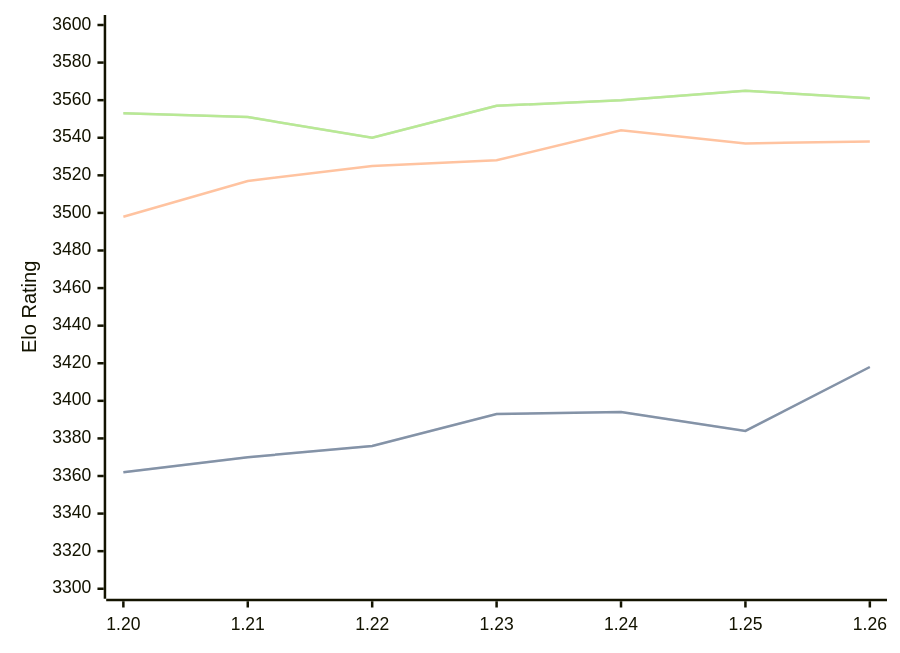
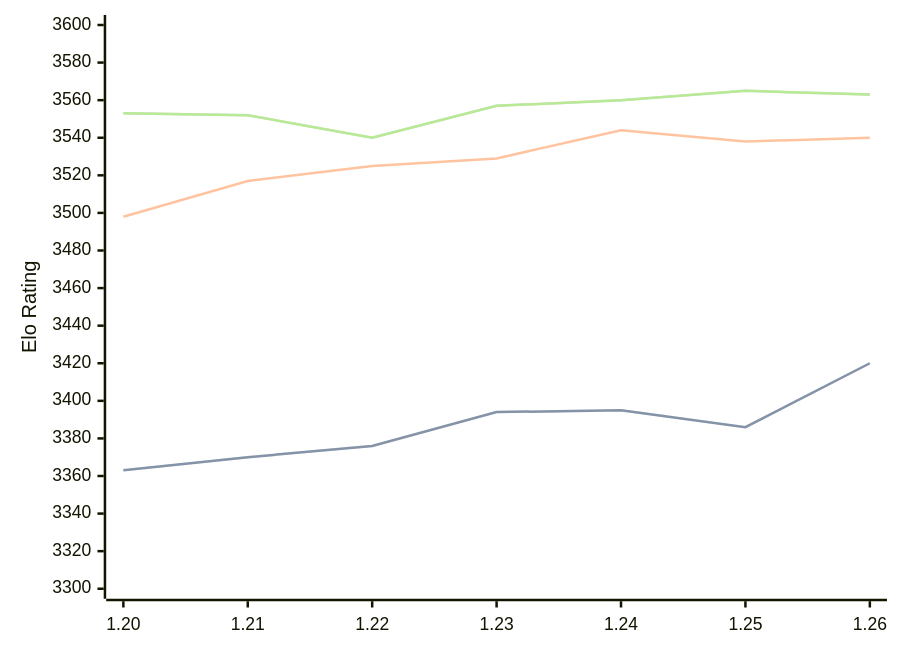
One commit to computer-chess-index/cci changed the diagram in engines/Caissa.md. Above: the diagram before and after it, drawn with Mermaid. The commit also changed other lines of this file, not shown here.

Commit message:
Update CCI Ratings (ELO VLTC) - 2026-09-16

````diff
--- a/engines/Caissa.md
+++ b/engines/Caissa.md
@@ -37,11 +37,11 @@
 ```mermaid
 %%{init: {"theme":"base","themeVariables":{"seriesColors:['#a3a3a3','#222221','#faa371']}}}%%
 xychart-beta
   x-axis ["1.20", "1.21", "1.22", "1.23", "1.24", "1.25", "1.26"]
   y-axis "Elo Rating" 3300 --> 3600
-  line "" [3362, 3370, 3376, 3393, 3394, 3384, 3418]
-  line "STC (8.0+0.08s)" [3362, 3370, 3376, 3393, 3394, 3384, 3418]
-  line "LTC (60.0+0.60s)" [3498, 3517, 3525, 3528, 3544, 3537, 3538]
-  line "" [3553, 3551, 3540, 3557, 3560, 3565, 3561]
-  line "VLTC (2m24s+1.12s)" [3553, 3551, 3540, 3557, 3560, 3565, 3561]
+  line "" [3363, 3370, 3376, 3394, 3395, 3386, 3420]
+  line "STC (8.0+0.08s)" [3363, 3370, 3376, 3394, 3395, 3386, 3420]
+  line "LTC (60.0+0.60s)" [3498, 3517, 3525, 3529, 3544, 3538, 3540]
+  line "" [3553, 3552, 3540, 3557, 3560, 3565, 3563]
+  line "VLTC (2m24s+1.12s)" [3553, 3552, 3540, 3557, 3560, 3565, 3563]
 ```
````
